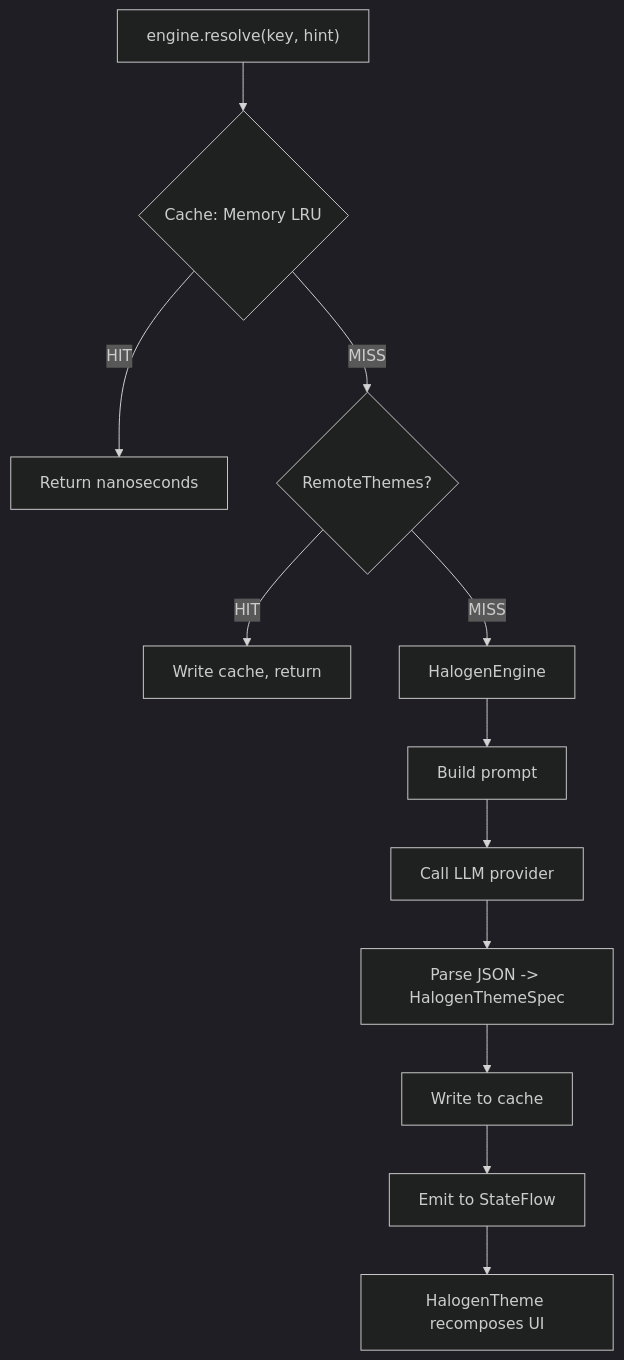
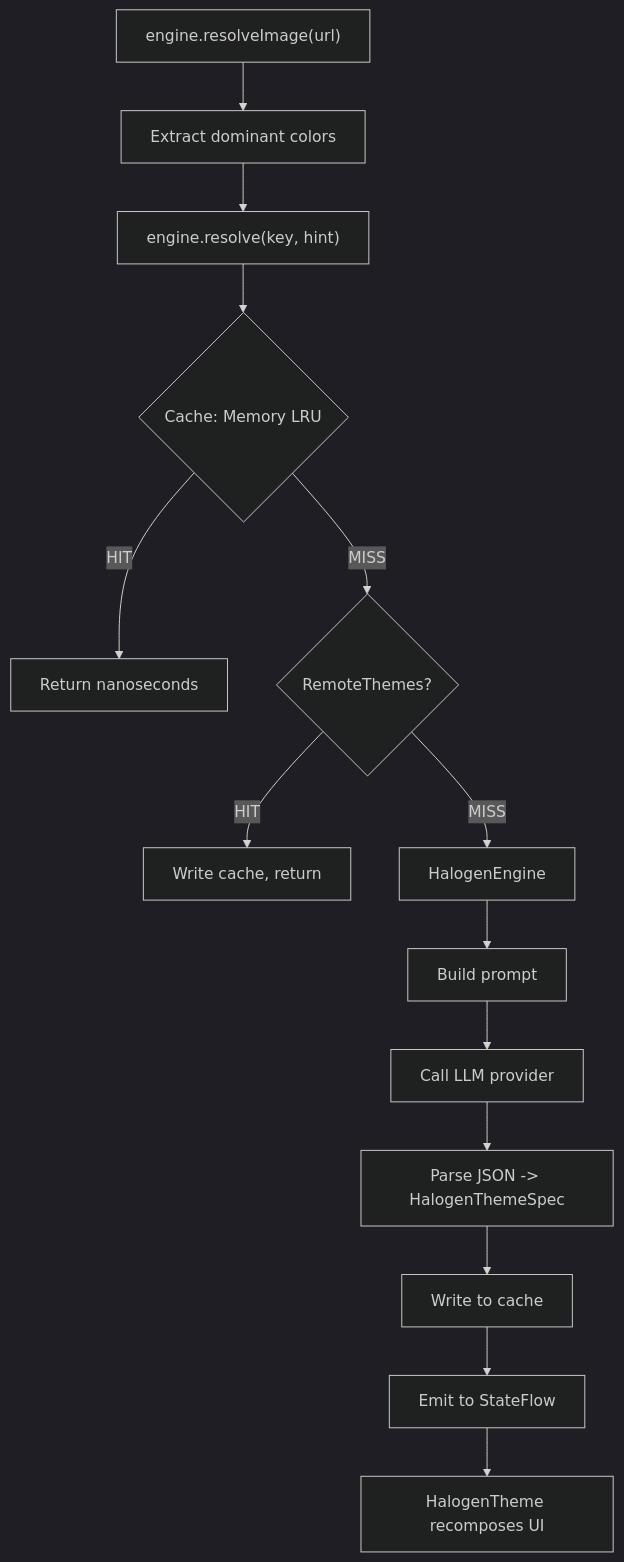
The first of 2 diagrams in docs/architecture.md (himattm/halogen), drawn with Mermaid (dark theme) before and after one commit. The commit also changed other lines of this file and 49 other files, not shown here.

````diff
--- a/docs/architecture.md
+++ b/docs/architecture.md
@@ -11,14 +11,16 @@
 ```mermaid
 flowchart TD
     A["engine.resolve(key, hint)"] --> B{Cache: Memory LRU}
+    Z["engine.resolveImage(url)"] --> Y[Extract dominant colors]
+    Y --> A
     B -->|HIT| C[Return nanoseconds]
     B -->|MISS| F{RemoteThemes?}
     F -->|HIT| G[Write cache, return]
     F -->|MISS| H[HalogenEngine]
     H --> I[Build prompt]
     I --> J[Call LLM provider]
     J --> K[Parse JSON -> HalogenThemeSpec]
     K --> L[Write to cache]
     L --> M[Emit to StateFlow]
     M --> N[HalogenTheme recomposes UI]
 ```
````
